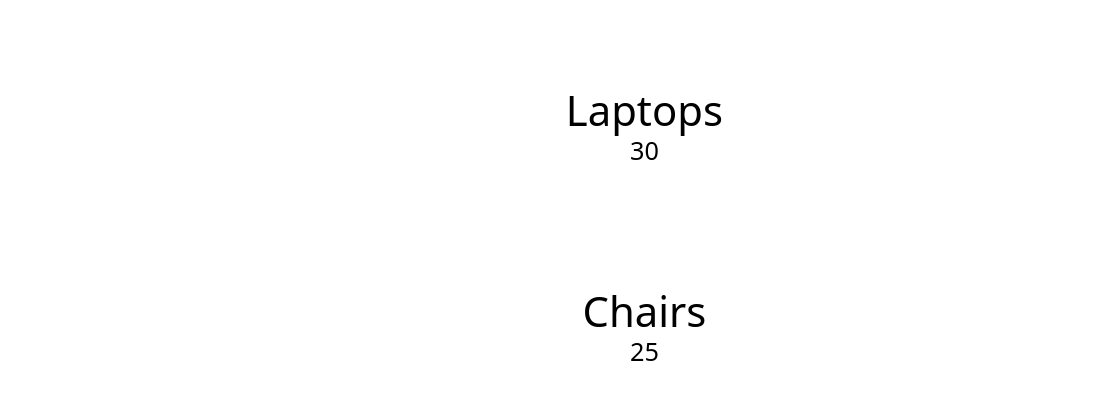
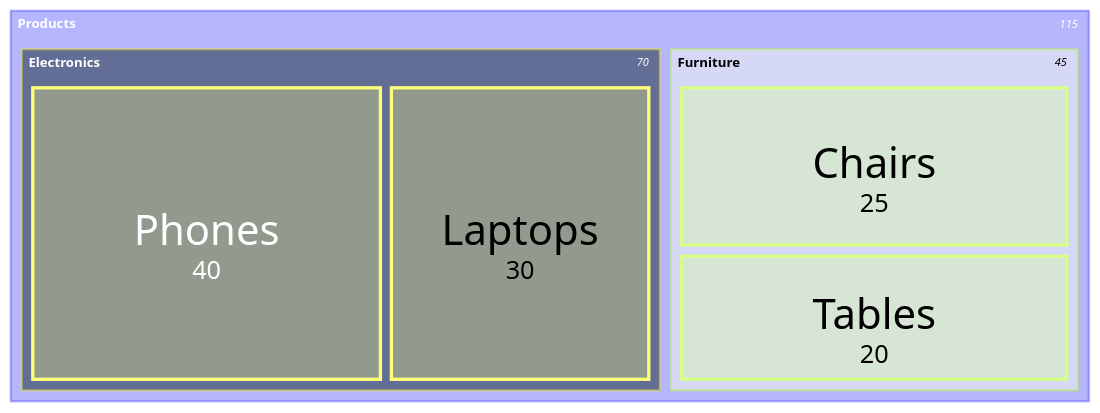
Before and after one commit to mermaid-js/mermaid: the diagram in e2e/diagrams/treemap/14-should-apply-classdef-color-to-text-labels.mmd, drawn with Mermaid. The commit also changed 25 other files, not shown here.

```diff
--- a/e2e/diagrams/treemap/14-should-apply-classdef-color-to-text-labels.mmd
+++ b/e2e/diagrams/treemap/14-should-apply-classdef-color-to-text-labels.mmd
@@ -1,11 +1,11 @@
 treemap-beta
   "Products"
-  "Electronics":::whiteText
-  "Phones": 40
-  "Laptops": 30
-  "Furniture":::darkText
-  "Chairs": 25
-  "Tables": 20
+    "Electronics":::whiteText
+      "Phones": 40
+      "Laptops": 30
+    "Furniture":::darkText
+      "Chairs": 25
+      "Tables": 20
 
   classDef whiteText fill:#2c3e50,color:#ffffff;
   classDef darkText fill:#ecf0f1,color:#000000;
```
